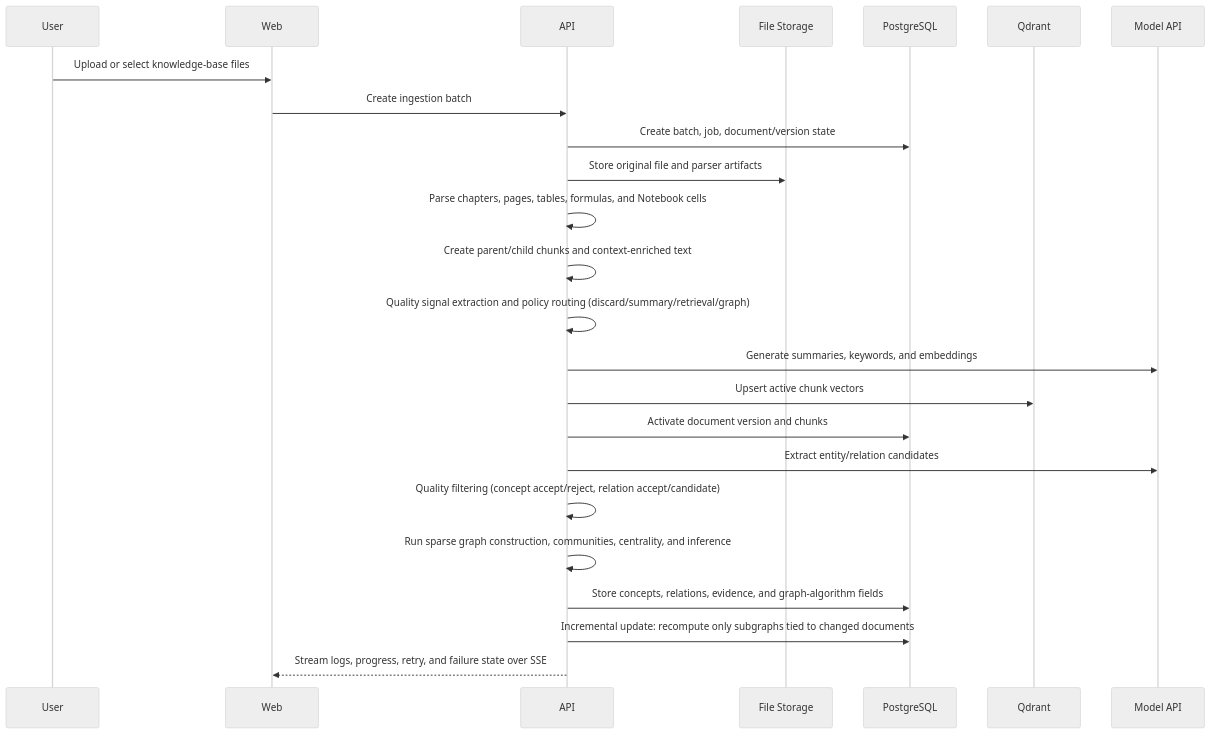
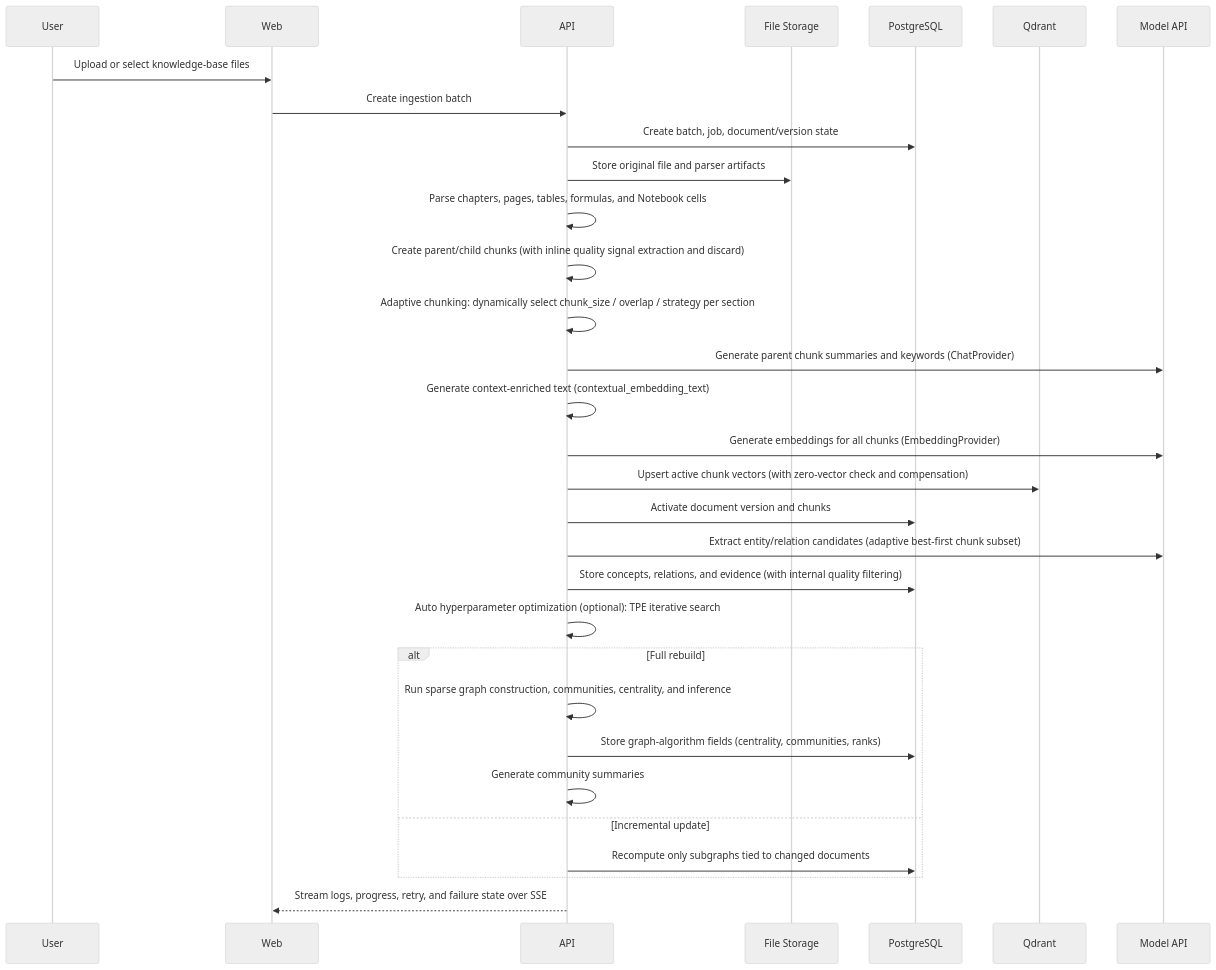
One commit to Sggggt/SymboGraph changed the second of 6 diagrams in README.en.md. Above: the diagram before and after it, drawn with Mermaid (neutral theme). The commit also changed other lines of this file and 32 other files, not shown here.

````diff
--- a/README.en.md
+++ b/README.en.md
@@ -102,27 +107,34 @@
 ```mermaid
 sequenceDiagram
     participant User
     participant Web
     participant API
     participant Files as File Storage
     participant DB as PostgreSQL
     participant Vector as Qdrant
     participant Model as Model API
 
     User->>Web: Upload or select knowledge-base files
     Web->>API: Create ingestion batch
     API->>DB: Create batch, job, document/version state
     API->>Files: Store original file and parser artifacts
     API->>API: Parse chapters, pages, tables, formulas, and Notebook cells
-    API->>API: Create parent/child chunks and context-enriched text
-    API->>API: Quality signal extraction and policy routing (discard/summary/retrieval/graph)
-    API->>Model: Generate summaries, keywords, and embeddings
-    API->>Vector: Upsert active chunk vectors
+    API->>API: Create parent/child chunks (with inline quality signal extraction and discard)
+    API->>API: Adaptive chunking: dynamically select chunk_size / overlap / strategy per section
+    API->>Model: Generate parent chunk summaries and keywords (ChatProvider)
+    API->>API: Generate context-enriched text (contextual_embedding_text)
+    API->>Model: Generate embeddings for all chunks (EmbeddingProvider)
+    API->>Vector: Upsert active chunk vectors (with zero-vector check and compensation)
     API->>DB: Activate document version and chunks
-    API->>Model: Extract entity/relation candidates
-    API->>API: Quality filtering (concept accept/reject, relation accept/candidate)
-    API->>API: Run sparse graph construction, communities, centrality, and inference
-    API->>DB: Store concepts, relations, evidence, and graph-algorithm fields
-    API->>DB: Incremental update: recompute only subgraphs tied to changed documents
+    API->>Model: Extract entity/relation candidates (adaptive best-first chunk subset)
+    API->>DB: Store concepts, relations, and evidence (with internal quality filtering)
+    API->>API: Auto hyperparameter optimization (optional): TPE iterative search
+    alt Full rebuild
+        API->>API: Run sparse graph construction, communities, centrality, and inference
+        API->>DB: Store graph-algorithm fields (centrality, communities, ranks)
+        API->>API: Generate community summaries
+    else Incremental update
+        API->>DB: Recompute only subgraphs tied to changed documents
+    end
     API-->>Web: Stream logs, progress, retry, and failure state over SSE
 ```
````
